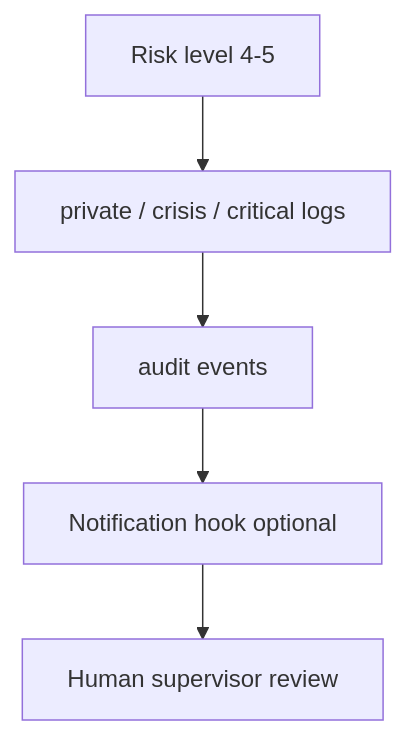
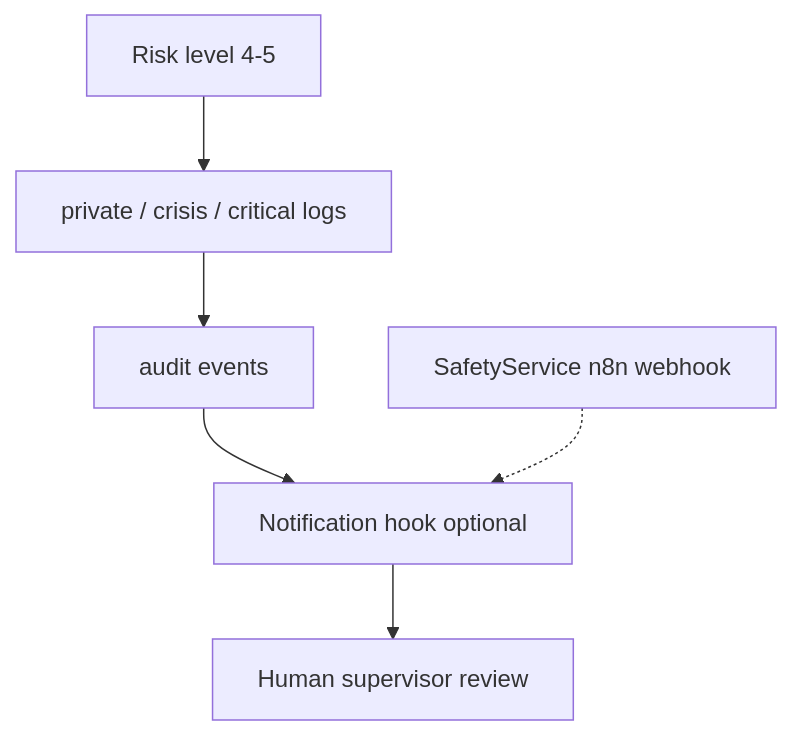
Before and after one commit to Raven777494/vita_jul2026: the third of 3 diagrams in docs/architecture/safety-critical-path.md, drawn with Mermaid. The commit also changed other lines of this file and 11 other files, not shown here.

````diff
--- a/docs/architecture/safety-critical-path.md
+++ b/docs/architecture/safety-critical-path.md
@@ -21,7 +33,8 @@
 ```mermaid
 flowchart TD
   RISK[Risk level 4-5] --> PLOG[private / crisis / critical logs]
   PLOG --> AUDIT[audit events]
   AUDIT --> NOTIFY[Notification hook optional]
   NOTIFY --> HUMAN[Human supervisor review]
+  N8N[SafetyService n8n webhook] -.-> NOTIFY
 ```
````
